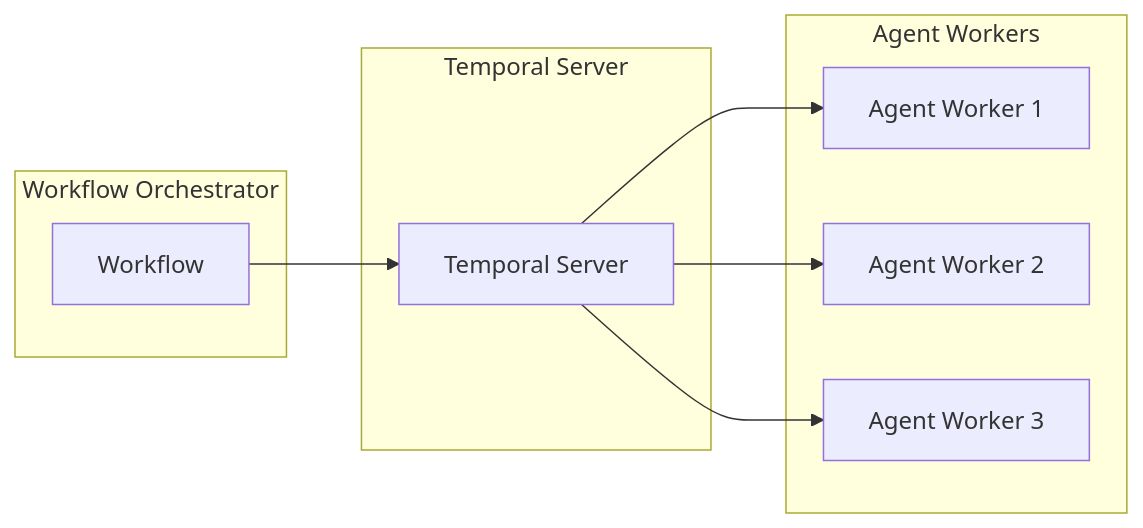
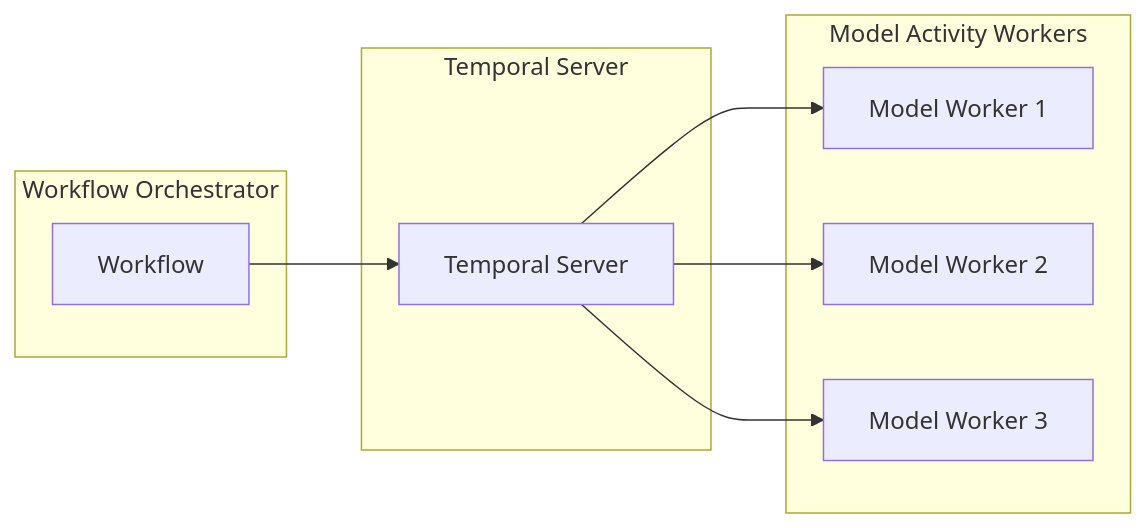
Before and after one commit to temporalio/samples-python: the third of 3 diagrams in docs/openai_agents/ARCHITECTURE.md, drawn with Mermaid. The commit also changed other lines of this file, not shown here.

````diff
--- a/docs/openai_agents/ARCHITECTURE.md
+++ b/docs/openai_agents/ARCHITECTURE.md
@@ -196,21 +213,21 @@
 ```mermaid
 graph LR
     subgraph "Workflow Orchestrator"
         W[Workflow]
     end
     
-    subgraph "Agent Workers"
-        A1[Agent Worker 1]
-        A2[Agent Worker 2]
-        A3[Agent Worker 3]
+    subgraph "Model Activity Workers"
+        M1[Model Worker 1]
+        M2[Model Worker 2]
+        M3[Model Worker 3]
     end
     
     subgraph "Temporal Server"
         TS[Temporal Server]
     end
     
     W --> TS
-    TS --> A1
-    TS --> A2
-    TS --> A3
+    TS --> M1
+    TS --> M2
+    TS --> M3
 ```
````
